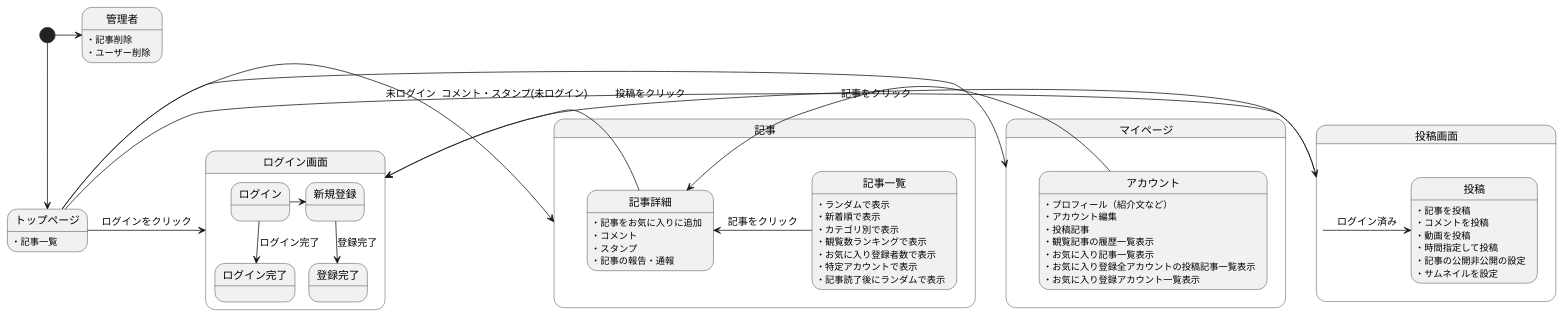
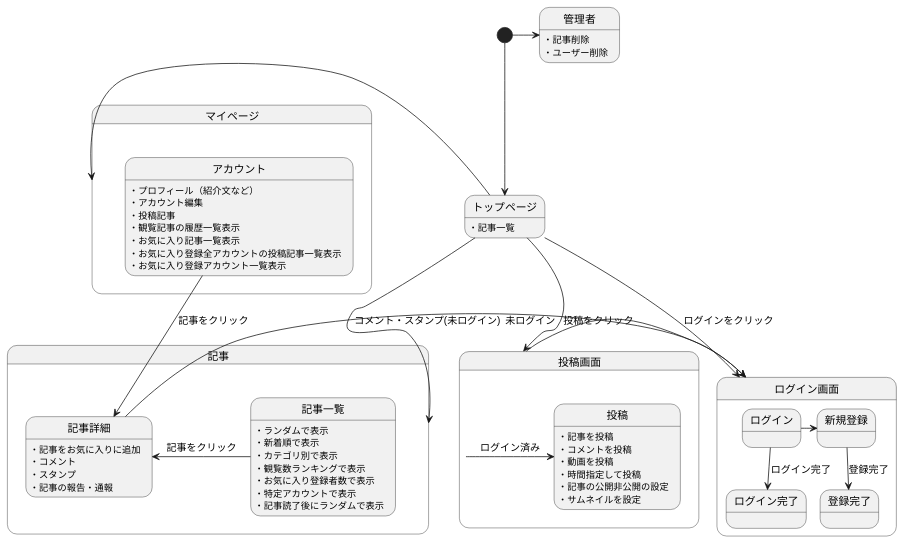
One commit to Aso2001001/2022System changed the diagram in 後期画面遷移.md. Above: the diagram before and after it, drawn with PlantUML.

````diff
--- a/後期画面遷移.md
+++ b/後期画面遷移.md
@@ -1,74 +1,74 @@
 ```uml
 @startuml
 [*] --> トップページ
 
 
-トップページ -> 記事
+トップページ -down-> 記事
 トップページ -> マイページ
 トップページ -> 投稿画面 : 投稿をクリック
 
 トップページ:・記事一覧
 
 トップページ -> ログイン画面 : ログインをクリック
 
 
 state ログイン画面{
 ログイン -> 新規登録
 ログイン -down-> ログイン完了 : ログイン完了
 新規登録 -down-> 登録完了 : 登録完了
 }
 
 state 記事{
 記事一覧 -left-> 記事詳細 : 記事をクリック
 記事詳細 -> ログイン画面 :コメント・スタンプ(未ログイン)
 
 記事一覧:・ランダムで表示
 記事一覧:・新着順で表示
 記事一覧:・カテゴリ別で表示
 記事一覧:・観覧数ランキングで表示
 記事一覧:・お気に入り登録者数で表示
 記事一覧:・特定アカウントで表示
 記事一覧:・記事読了後にランダムで表示
 
 記事詳細:・記事をお気に入りに追加
 記事詳細:・コメント
 記事詳細:・スタンプ
 記事詳細:・記事の報告・通報
 
 }
 
 state 投稿画面{
 投稿画面 -> ログイン画面 : 未ログイン
 投稿画面 -> 投稿 : ログイン済み
 
 投稿:・記事を投稿
 投稿:・コメントを投稿
 投稿:・動画を投稿
 投稿:・時間指定して投稿
 投稿:・記事の公開非公開の設定
 投稿:・サムネイルを設定
 
 }
 
 state マイページ{
 
 アカウント -> 記事詳細 : 記事をクリック
 
 アカウント:・プロフィール（紹介文など）
 アカウント:・アカウント編集
 アカウント:・投稿記事
 アカウント:・観覧記事の履歴一覧表示
 アカウント:・お気に入り記事一覧表示
 アカウント:・お気に入り登録全アカウントの投稿記事一覧表示
 アカウント:・お気に入り登録アカウント一覧表示
 
 }
 
 
 [*] -right-> 管理者
 管理者:・記事削除
 管理者:・ユーザー削除
 
 
 @enduml
 ```
````
